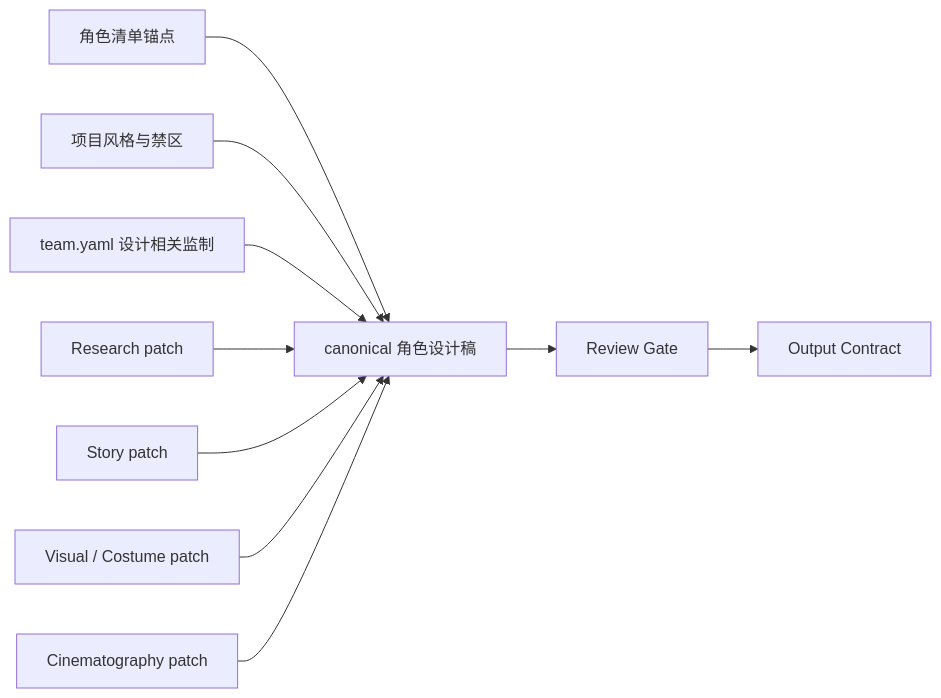
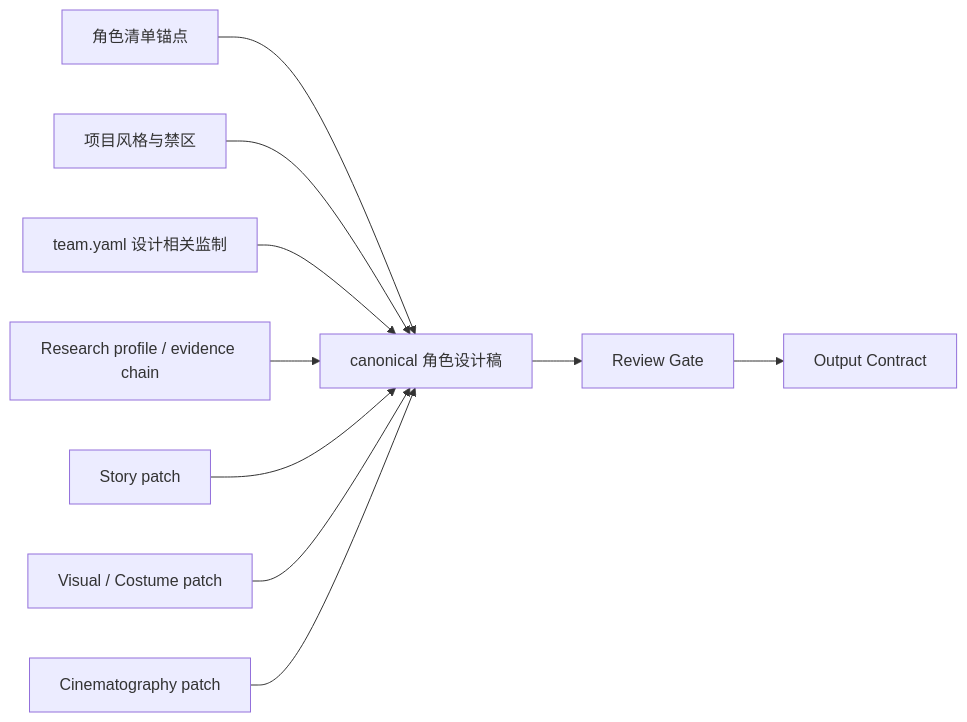
Before and after one commit to ZEN-VOID/AI-CUT: the second of 3 diagrams in .agents/skills/aigc/5-设计/角色/2-设计/SKILL.md, drawn with Mermaid. The commit also changed other lines of this file and 526 other files, not shown here.

````diff
--- a/.agents/skills/aigc/5-设计/角色/2-设计/SKILL.md
+++ b/.agents/skills/aigc/5-设计/角色/2-设计/SKILL.md
@@ -104,12 +106,12 @@
 ```mermaid
 flowchart LR
     A["角色清单锚点"] --> D["canonical 角色设计稿"]
     B["项目风格与禁区"] --> D
     C["team.yaml 设计相关监制"] --> D
-    E["Research patch"] --> D
+    E["Research profile / evidence chain"] --> D
     F["Story patch"] --> D
     G["Visual / Costume patch"] --> D
     H["Cinematography patch"] --> D
     D --> I["Review Gate"]
     I --> J["Output Contract"]
 ```
````
